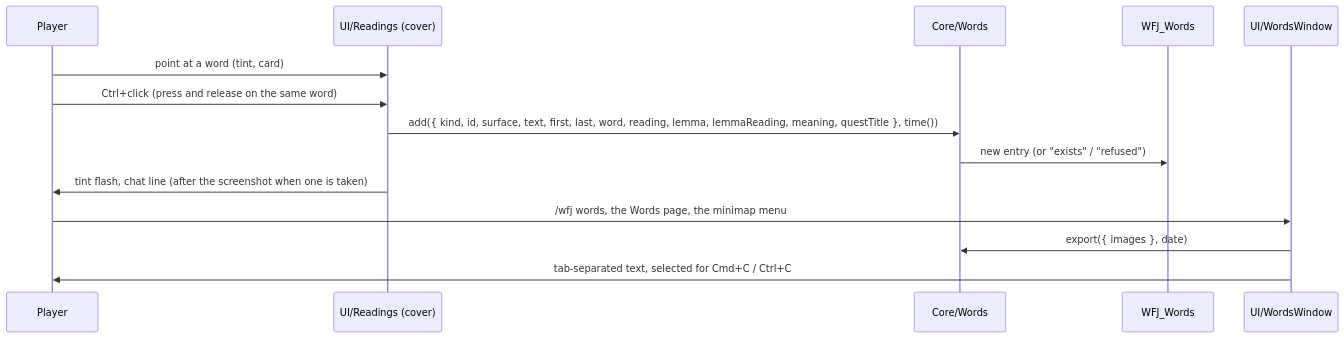
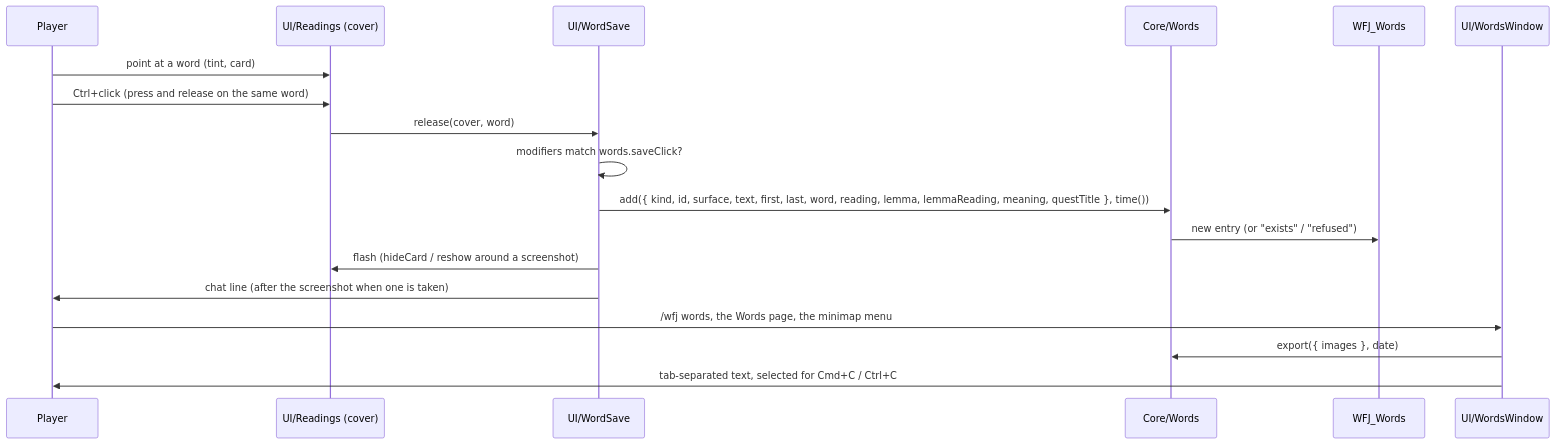
One commit to zyaga/wow-forever-japanese changed the diagram in docs/systems/word-list.md. Above: the diagram before and after it, drawn with Mermaid. The commit also changed other lines of this file and 15 other files, not shown here.

````diff
--- a/docs/systems/word-list.md
+++ b/docs/systems/word-list.md
@@ -9,16 +9,20 @@
 ```mermaid
 sequenceDiagram
   participant U as Player
   participant V as UI/Readings (cover)
+  participant SV as UI/WordSave
   participant W as Core/Words
   participant S as WFJ_Words
   participant X as UI/WordsWindow
   U->>V: point at a word (tint, card)
   U->>V: Ctrl+click (press and release on the same word)
-  V->>W: add({ kind, id, surface, text, first, last, word, reading, lemma, lemmaReading, meaning, questTitle }, time())
+  V->>SV: release(cover, word)
+  SV->>SV: modifiers match words.saveClick?
+  SV->>W: add({ kind, id, surface, text, first, last, word, reading, lemma, lemmaReading, meaning, questTitle }, time())
   W->>S: new entry (or "exists" / "refused")
-  V->>U: tint flash, chat line (after the screenshot when one is taken)
+  SV->>V: flash (hideCard / reshow around a screenshot)
+  SV->>U: chat line (after the screenshot when one is taken)
   U->>X: /wfj words, the Words page, the minimap menu
   X->>W: export({ images }, date)
   X->>U: tab-separated text, selected for Cmd+C / Ctrl+C
 ```
````
